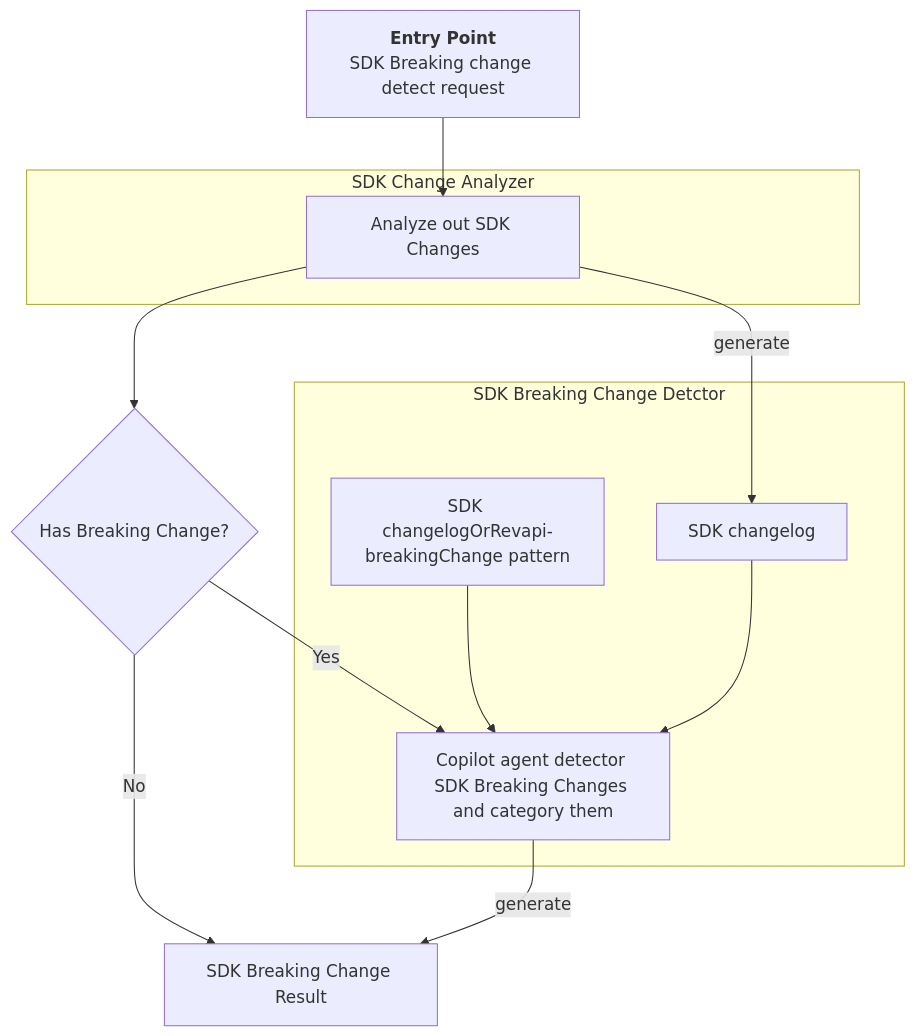
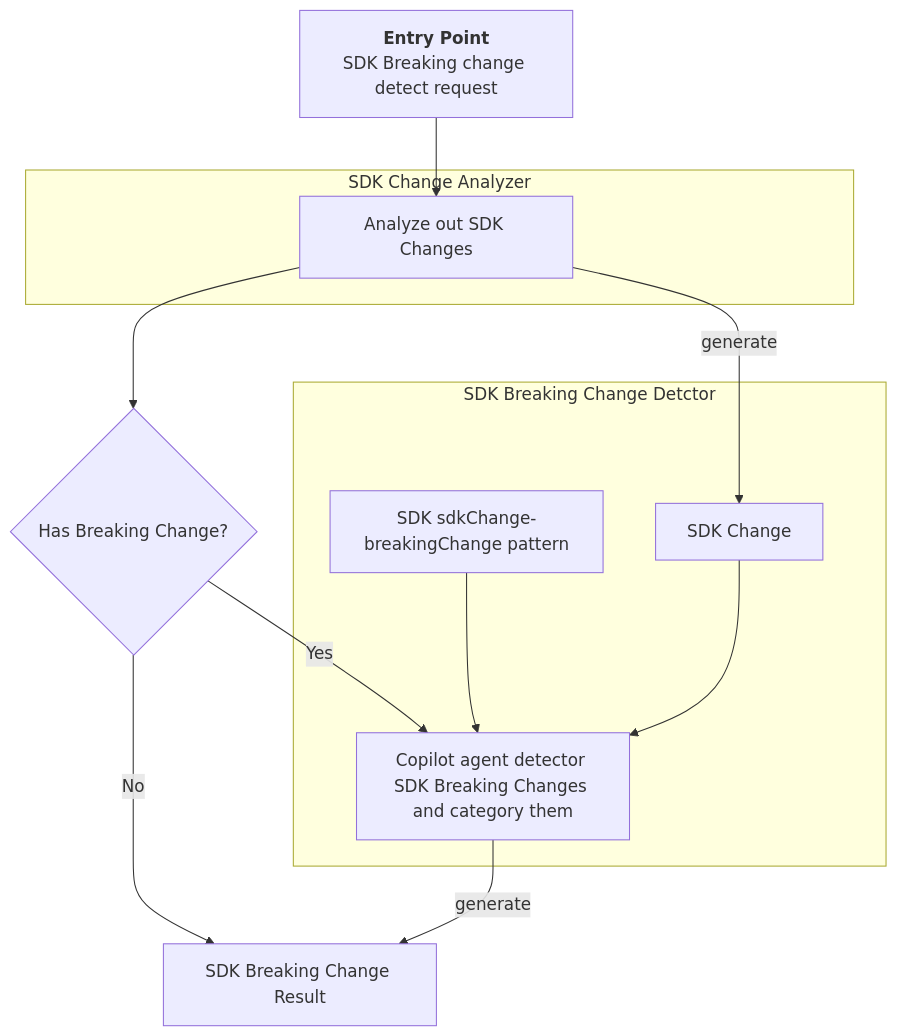
One commit to Azure/azure-sdk-tools changed the first of 2 diagrams in tools/azsdk-cli/docs/specs/sdk-breaking-change-detect.spec.md. Above: the diagram before and after it, drawn with Mermaid. The commit also changed other lines of this file, not shown here.

````diff
--- a/tools/azsdk-cli/docs/specs/sdk-breaking-change-detect.spec.md
+++ b/tools/azsdk-cli/docs/specs/sdk-breaking-change-detect.spec.md
@@ -199,27 +201,27 @@
 ```mermaid
 flowchart TD
     Entry[<b>Entry Point</b><br/>SDK Breaking change detect request]
     A[Analyze out SDK Changes]
     B{Has Breaking Change?}
     C[Copilot agent detector SDK Breaking Changes and category them]
     D[SDK Breaking Change Result]
-    E[SDK changelogOrRevapi-breakingChange pattern]
-    F[SDK changelog]
+    E[SDK sdkChange-breakingChange pattern]
+    F[SDK Change]
     subgraph SDK Change Analyzer
         A
     end
     subgraph SDK Breaking Change Detctor
         E
         F
         C
     end
 
     Entry --> A
     A --> B
     A --> |generate| F
     B -- Yes --> C
     C --> |generate| D
     B -- No --> D
     E --> C
     F --> C
 ```
````
